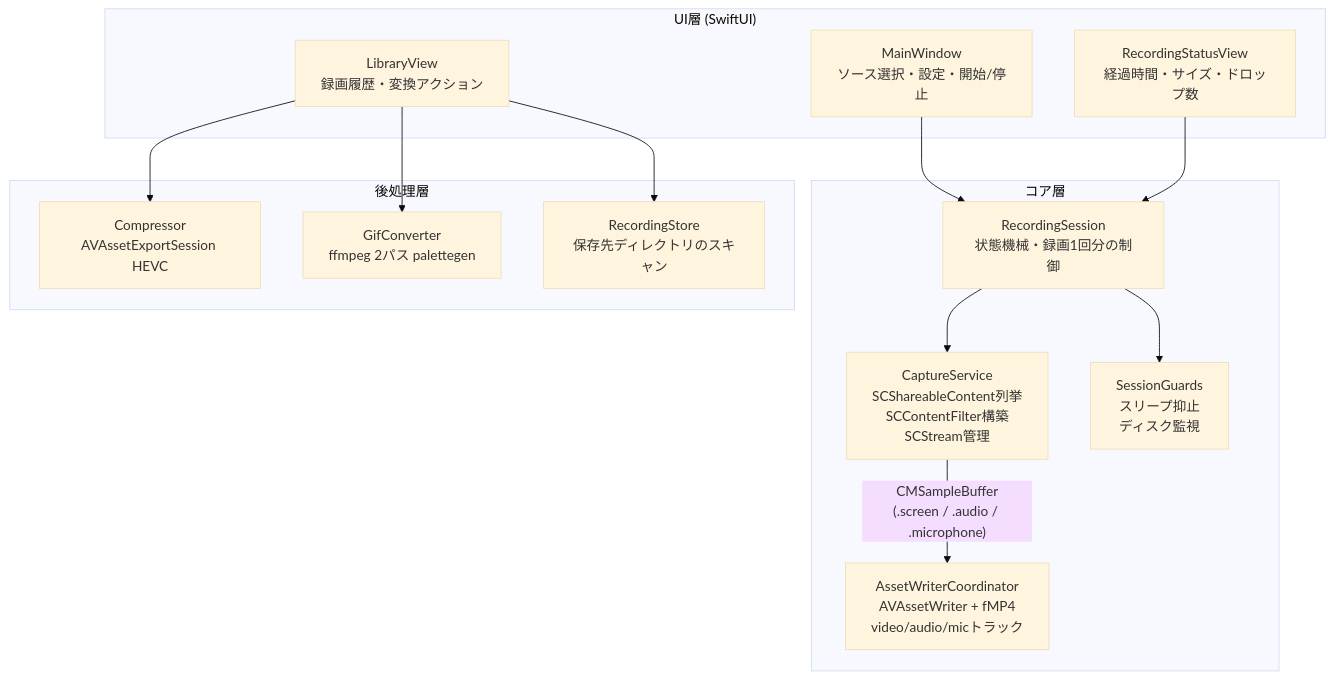
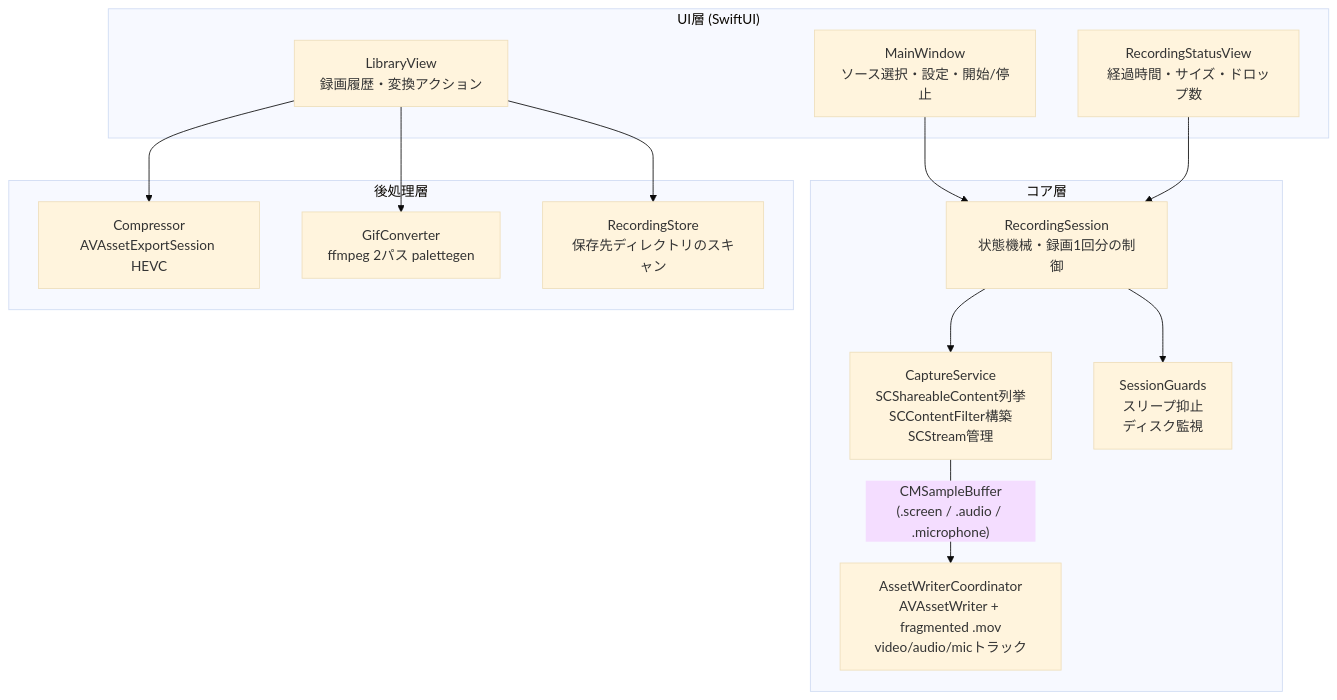
The first of 2 diagrams in DESIGN.md (toshi0607/casrec), drawn with Mermaid (base theme) before and after one commit. The commit also changed other lines of this file, not shown here.

````diff
--- a/DESIGN.md
+++ b/DESIGN.md
@@ -56,30 +56,30 @@
 ```mermaid
 graph TB
     subgraph UI["UI層 (SwiftUI)"]
         MW[MainWindow<br/>ソース選択・設定・開始/停止]
         LV[LibraryView<br/>録画履歴・変換アクション]
         RS_UI[RecordingStatusView<br/>経過時間・サイズ・ドロップ数]
     end
 
     subgraph Core["コア層"]
         SESSION[RecordingSession<br/>状態機械・録画1回分の制御]
         CAP[CaptureService<br/>SCShareableContent列挙<br/>SCContentFilter構築<br/>SCStream管理]
-        WRITER[AssetWriterCoordinator<br/>AVAssetWriter + fMP4<br/>video/audio/micトラック]
+        WRITER[AssetWriterCoordinator<br/>AVAssetWriter + fragmented .mov<br/>video/audio/micトラック]
         GUARD[SessionGuards<br/>スリープ抑止<br/>ディスク監視]
     end
 
     subgraph Post["後処理層"]
         EXP[Compressor<br/>AVAssetExportSession HEVC]
         GIF[GifConverter<br/>ffmpeg 2パス palettegen]
         STORE[RecordingStore<br/>保存先ディレクトリのスキャン]
     end
 
     MW --> SESSION
     SESSION --> CAP
     CAP -- CMSampleBuffer<br/>(.screen / .audio / .microphone) --> WRITER
     SESSION --> GUARD
     LV --> STORE
     LV --> EXP
     LV --> GIF
     RS_UI --> SESSION
 ```
````
